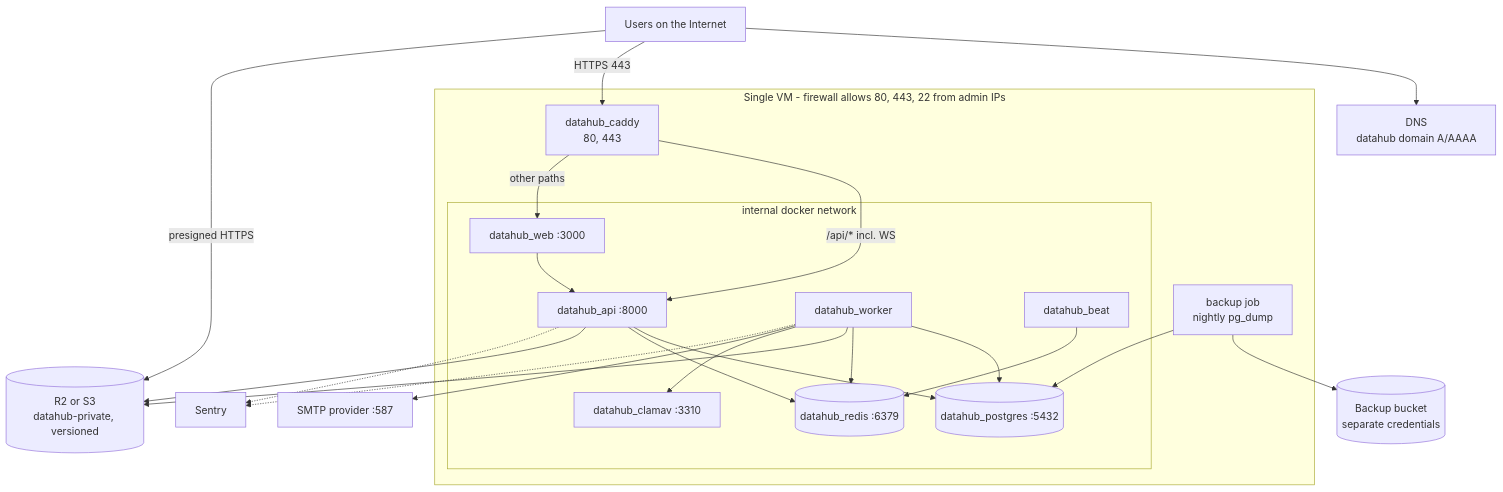
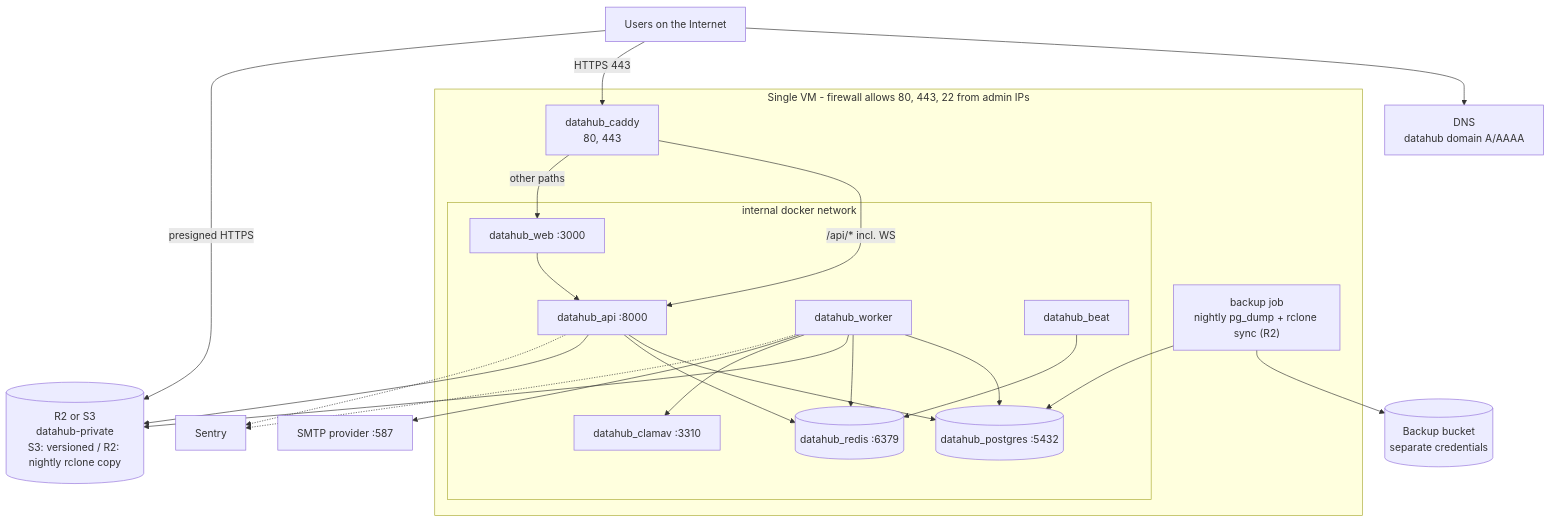
One commit to SORYA-DATAHUB/DataHub changed the ninth of 9 diagrams in docs/02-system-architecture/HLD.md. Above: the diagram before and after it, drawn with Mermaid. The commit also changed other lines of this file and 19 other files, not shown here.

````diff
--- a/docs/02-system-architecture/HLD.md
+++ b/docs/02-system-architecture/HLD.md
@@ -404,41 +405,41 @@
 ```mermaid
 flowchart TB
     users["Users on the Internet"]
     dns["DNS<br/>datahub domain A/AAAA"]
     subgraph vm ["Single VM - firewall allows 80, 443, 22 from admin IPs"]
         caddy["datahub_caddy<br/>80, 443"]
         subgraph appnet ["internal docker network"]
             web["datahub_web :3000"]
             api["datahub_api :8000"]
             wk["datahub_worker"]
             bt["datahub_beat"]
             pg[("datahub_postgres :5432")]
             rd[("datahub_redis :6379")]
             cl["datahub_clamav :3310"]
         end
-        bk["backup job<br/>nightly pg_dump"]
+        bk["backup job<br/>nightly pg_dump + rclone sync (R2)"]
     end
-    r2[("R2 or S3<br/>datahub-private, versioned")]
+    r2[("R2 or S3<br/>datahub-private<br/>S3: versioned / R2: nightly rclone copy")]
     bb[("Backup bucket<br/>separate credentials")]
     smtp["SMTP provider :587"]
     sentry["Sentry"]
     users --> dns
     users -->|"HTTPS 443"| caddy
     users -->|"presigned HTTPS"| r2
     caddy -->|"/api/* incl. WS"| api
     caddy -->|"other paths"| web
     web --> api
     api --> pg
     api --> rd
     api --> r2
     wk --> pg
     wk --> rd
     wk --> r2
     wk --> cl
     wk --> smtp
     bt --> rd
     bk --> pg
     bk --> bb
     api -.-> sentry
     wk -.-> sentry
 ```
````
